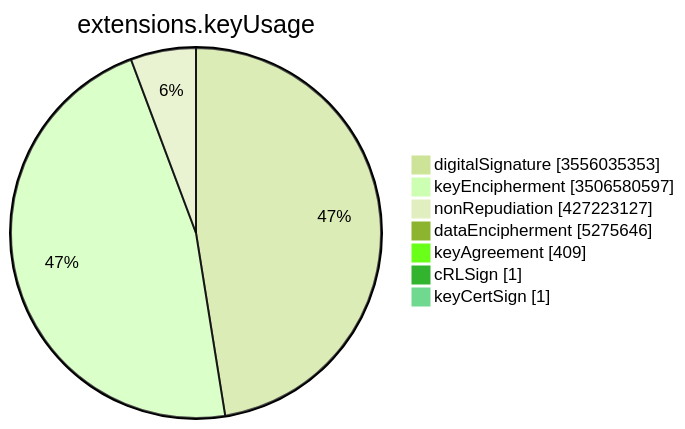
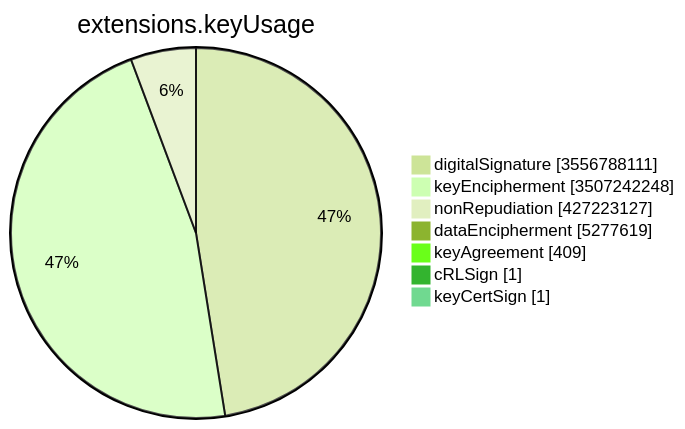
The sixth of 15 diagrams in TOTAL/README.md (christiankrug/ctmonitor_visualization), drawn with Mermaid (forest theme) before and after one commit. The commit also changed other lines of this file, not shown here.

````diff
--- a/TOTAL/README.md
+++ b/TOTAL/README.md
@@ -3083,11 +3083,11 @@
 ```mermaid
 pie showData
 title extensions.keyUsage
-"digitalSignature" :3556035353
-"keyEncipherment" :3506580597
+"digitalSignature" :3556788111
+"keyEncipherment" :3507242248
 "nonRepudiation" :427223127
-"dataEncipherment" :5275646
+"dataEncipherment" :5277619
 "keyAgreement" :409
 "cRLSign" :1
 "keyCertSign" :1
 ```
````
